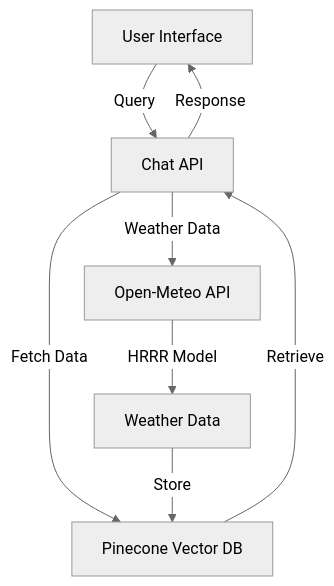
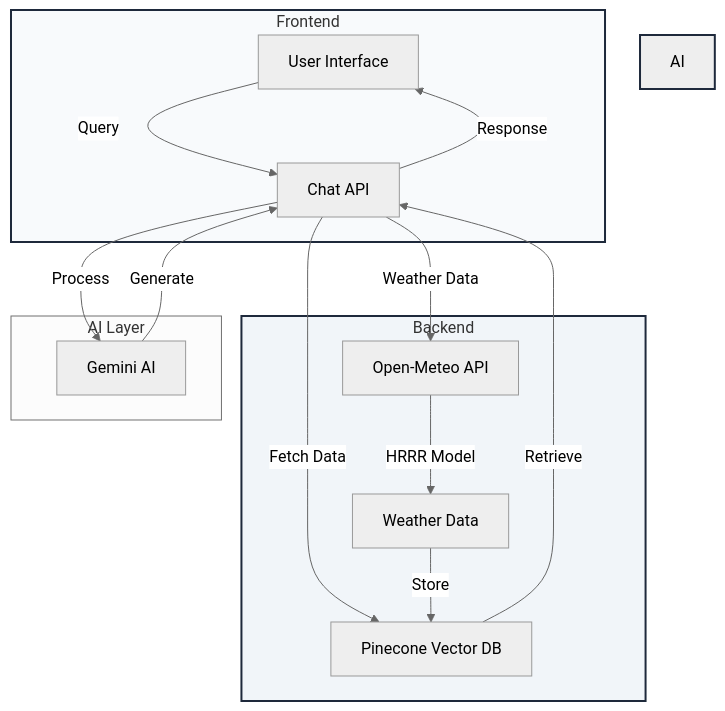
The first of 5 diagrams in README.md (rupeshdabbir/paragliding-llm), drawn with Mermaid (neutral theme) before and after one commit. The commit also changed other lines of this file, not shown here.

````diff
--- a/README.md
+++ b/README.md
@@ -21,10 +22,25 @@
 ```mermaid
 graph TD
-    A[User Interface] -->|Query| B[Chat API]
-    B -->|Fetch Data| C[Pinecone Vector DB]
-    B -->|Weather Data| D[Open-Meteo API]
-    D -->|HRRR Model| E[Weather Data]
-    E -->|Store| C
-    C -->|Retrieve| B
-    B -->|Response| A
+    subgraph Frontend
+        UI[User Interface]
+        UI -->|Query| API[Chat API]
+    end
+
+    subgraph Backend
+        API -->|Fetch Data| VDB[Pinecone Vector DB]
+        API -->|Weather Data| WAPI[Open-Meteo API]
+        WAPI -->|HRRR Model| WD[Weather Data]
+        WD -->|Store| VDB
+        VDB -->|Retrieve| API
+        API -->|Response| UI
+    end
+
+    subgraph AI Layer
+        API -->|Process| LLM[Gemini AI]
+        LLM -->|Generate| API
+    end
+
+    style Frontend fill:#f8fafc,stroke:#1e293b,stroke-width:2px
+    style Backend fill:#f1f5f9,stroke:#1e293b,stroke-width:2px
+    style AI Layer fill:#e2e8f0,stroke:#1e293b,stroke-width:2px
 ```
````
